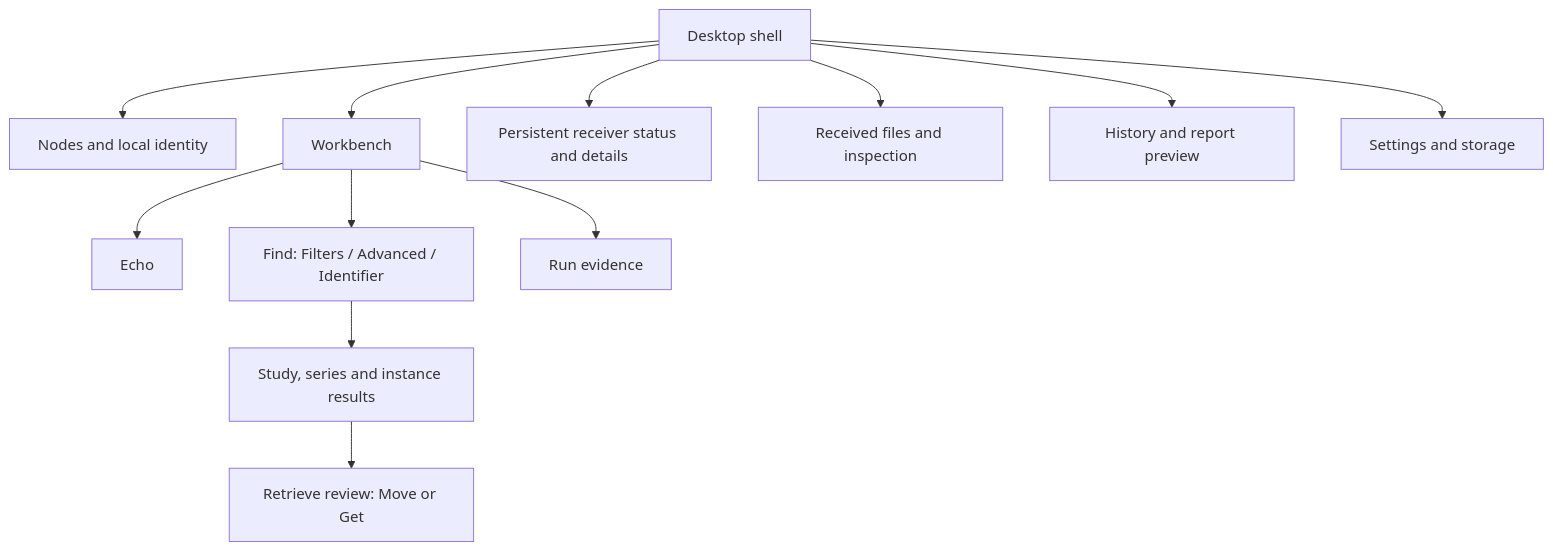
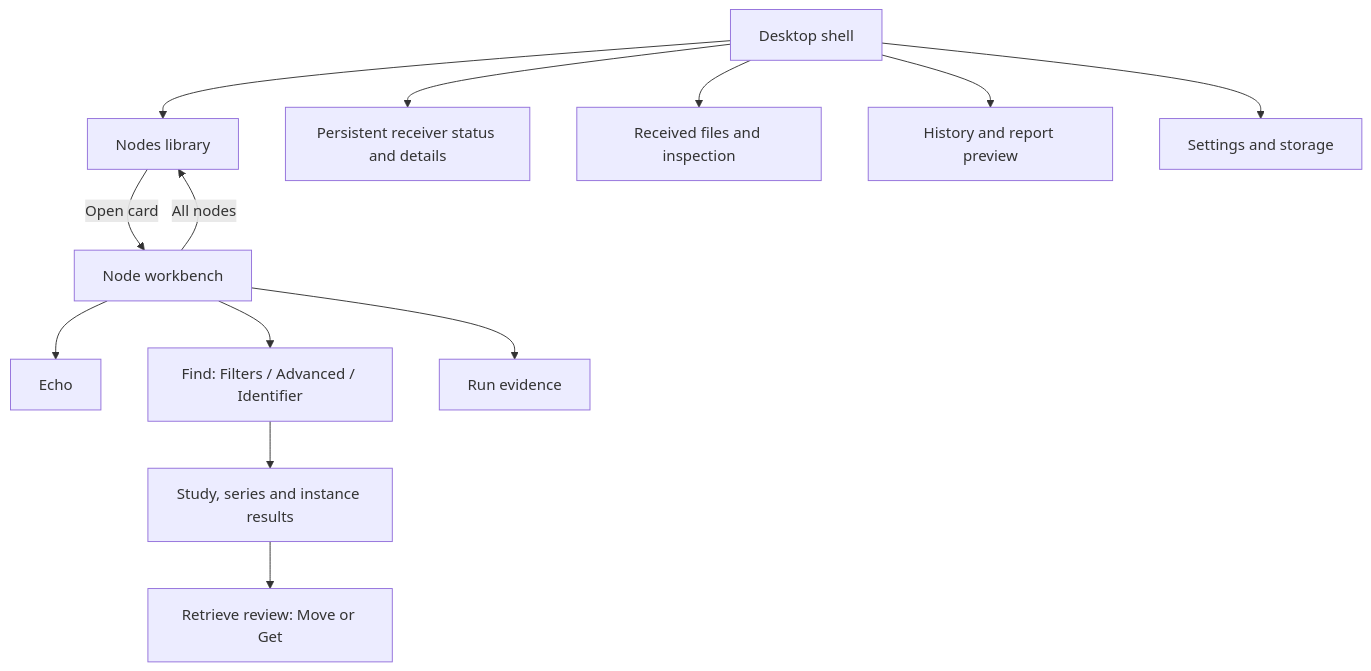
The first of 3 diagrams in docs/design/03-surface-architecture.md (Lightbridge-KS/dimsedash), drawn with Mermaid before and after one commit. The commit also changed other lines of this file and 31 other files, not shown here.

````diff
--- a/docs/design/03-surface-architecture.md
+++ b/docs/design/03-surface-architecture.md
@@ -47,14 +47,15 @@
 ```mermaid
 flowchart TD
-    Shell["Desktop shell"] --> Nodes["Nodes and local identity"]
-    Shell --> Workbench["Workbench"]
+    Shell["Desktop shell"] --> Nodes["Nodes library"]
+    Nodes -->|Open card| Workbench["Node workbench"]
+    Workbench -->|All nodes| Nodes
     Workbench --> Echo["Echo"]
     Workbench --> Find["Find: Filters / Advanced / Identifier"]
     Find --> Results["Study, series and instance results"]
     Results --> Retrieve["Retrieve review: Move or Get"]
     Workbench --> Evidence["Run evidence"]
     Shell --> Receiver["Persistent receiver status and details"]
     Shell --> Files["Received files and inspection"]
     Shell --> History["History and report preview"]
     Shell --> Settings["Settings and storage"]
 ```
````
